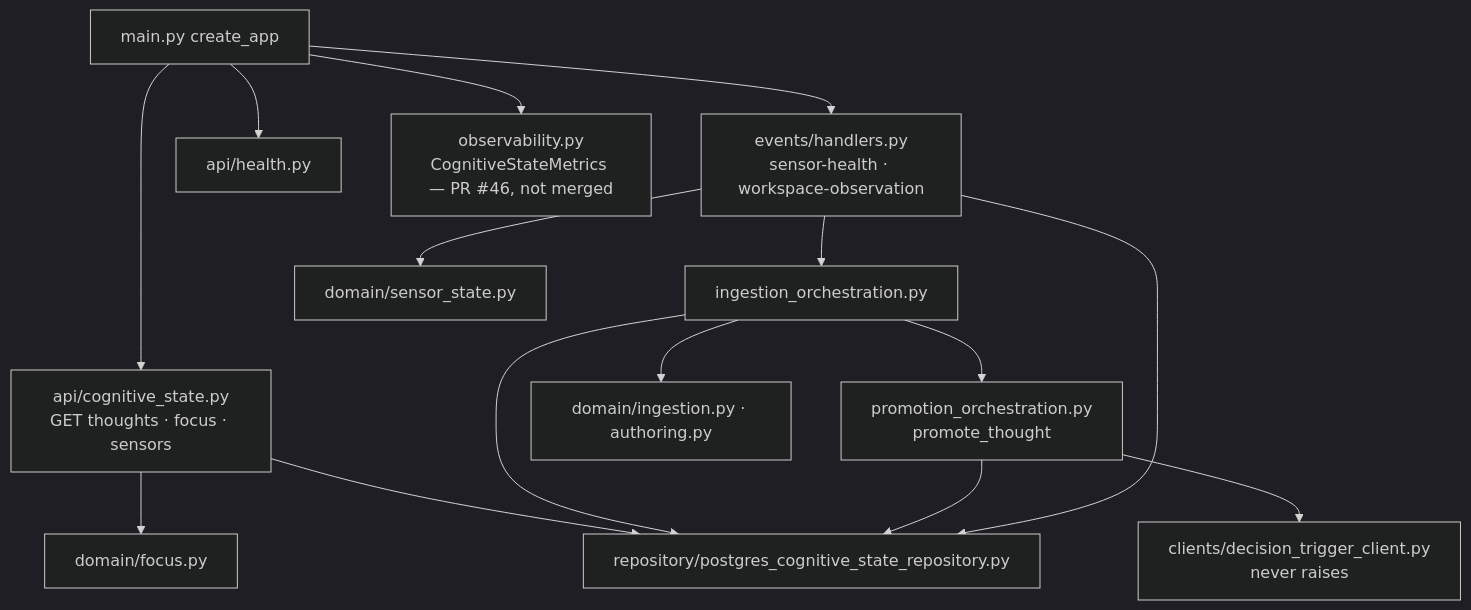
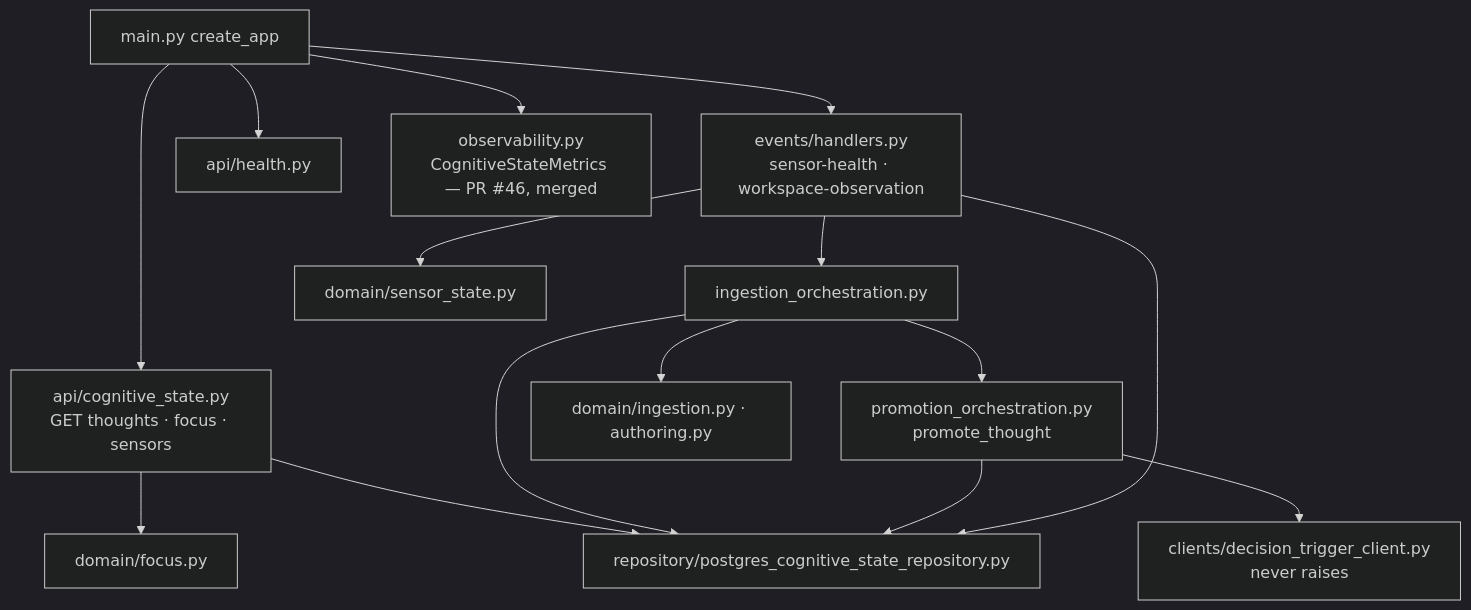
Diagram 13 of 18 in docs/design/phase-4/14-subsystem-flows-and-components.md (Tudor191/NOVA-PROJECT-BIBLE), drawn with Mermaid (dark theme) before and after one commit. The commit also changed other lines of this file and 2 other files, not shown here.

````diff
--- a/docs/design/phase-4/14-subsystem-flows-and-components.md
+++ b/docs/design/phase-4/14-subsystem-flows-and-components.md
@@ -386,17 +436,17 @@
 ```mermaid
 graph TD
   main[main.py create_app] --> api[api/cognitive_state.py<br/>GET thoughts · focus · sensors]
   main --> h[events/handlers.py<br/>sensor-health · workspace-observation]
   main --> health[api/health.py]
   h --> ingest[ingestion_orchestration.py]
   ingest --> promote[promotion_orchestration.py<br/>promote_thought]
   promote --> trig[clients/decision_trigger_client.py<br/>never raises]
   ingest --> dom[domain/ingestion.py · authoring.py]
   h --> ss[domain/sensor_state.py]
   api --> focus[domain/focus.py]
   api --> repo[repository/postgres_cognitive_state_repository.py]
   ingest --> repo
   promote --> repo
   h --> repo
-  main --> obs[observability.py<br/>CognitiveStateMetrics — PR #46, not merged]
+  main --> obs[observability.py<br/>CognitiveStateMetrics — PR #46, merged]
 ```
````
